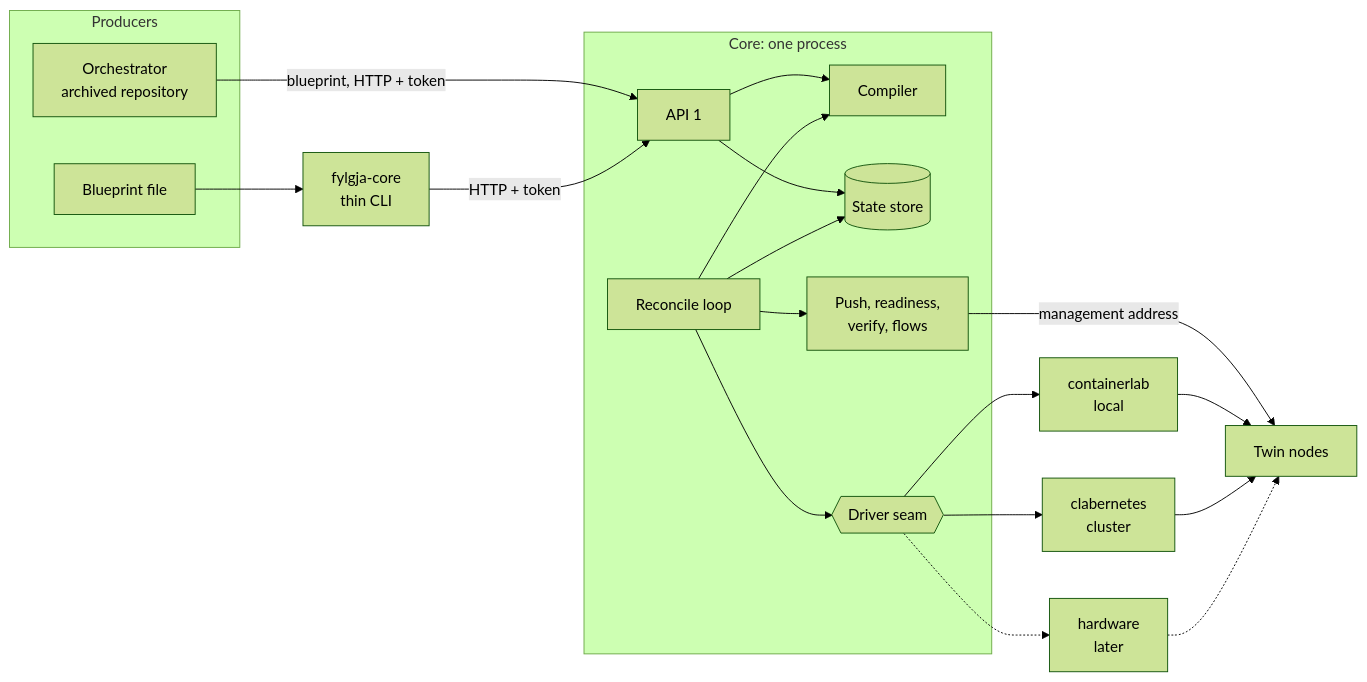
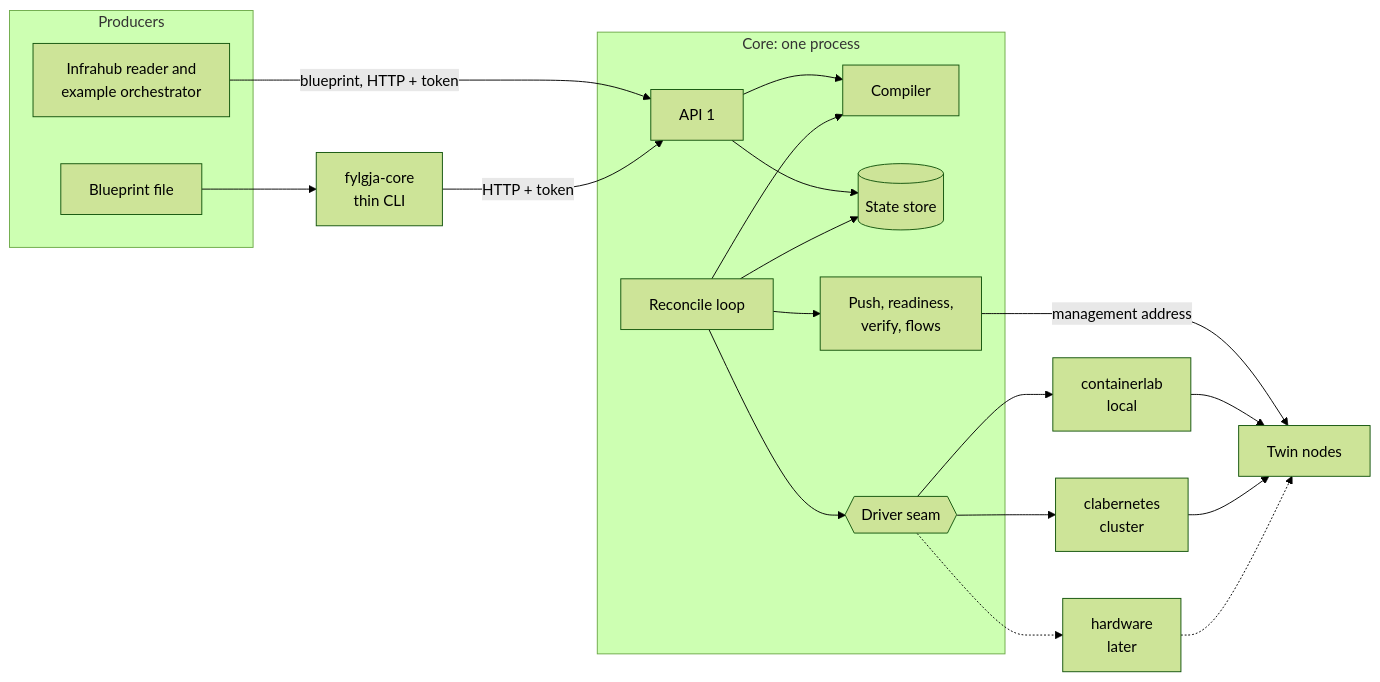
One commit to happypathnetworking/fylgja changed the diagram in design/architecture.md. Above: the diagram before and after it, drawn with Mermaid (forest theme). The commit also changed other lines of this file and 203 other files, not shown here.

````diff
--- a/design/architecture.md
+++ b/design/architecture.md
@@ -135,32 +155,32 @@
 ```mermaid
 flowchart LR
   subgraph producers[Producers]
-    ORCH[Orchestrator<br/>archived repository]
+    ORCH[Infrahub reader and<br/>example orchestrator]
     FILE[Blueprint file]
   end
   CLI[fylgja-core<br/>thin CLI]
   subgraph core[Core: one process]
     API[API 1]
     CMP[Compiler]
     LOOP[Reconcile loop]
     ST[(State store)]
     ABOVE[Push, readiness,<br/>verify, flows]
     DRV{{Driver seam}}
   end
   ORCH -- blueprint, HTTP + token --> API
   FILE --> CLI
   CLI -- HTTP + token --> API
   API --> ST
   API --> CMP
   LOOP --> CMP
   LOOP --> ST
   LOOP --> DRV
   LOOP --> ABOVE
   ABOVE -- management address --> NODES[Twin nodes]
   DRV --> CL[containerlab<br/>local]
   DRV --> C9[clabernetes<br/>cluster]
   DRV -.-> HW[hardware<br/>later]
   CL --> NODES
   C9 --> NODES
   HW -.-> NODES
 ```
````
